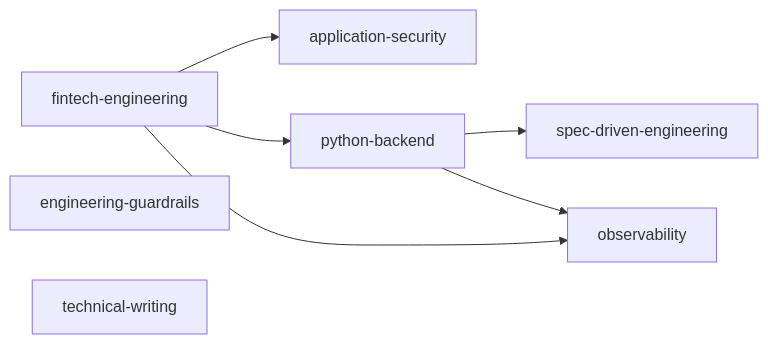
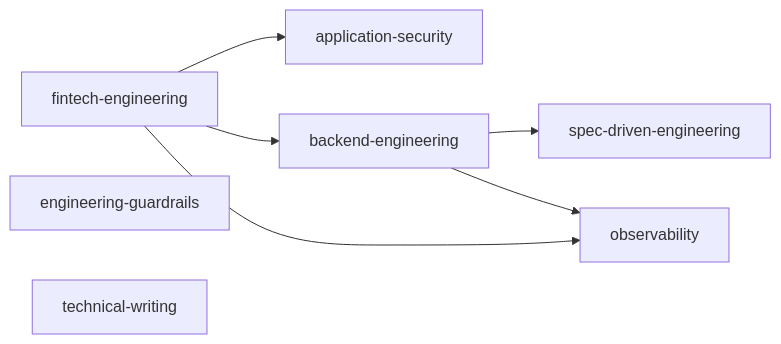
Before and after one commit to melvnl/agent-skills: the diagram in docs/architecture.md, drawn with Mermaid. The commit also changed other lines of this file and 45 other files, not shown here.

First line of the commit message:
refactor(backend): make python-backend the stack-agnostic backend-engineering plugin

````diff
--- a/docs/architecture.md
+++ b/docs/architecture.md
@@ -23,13 +23,13 @@
 ```mermaid
 flowchart LR
   ENG[spec-driven-engineering] 
   OBS[observability]
   SEC[application-security]
-  BE[python-backend] --> ENG
+  BE[backend-engineering] --> ENG
   BE --> OBS
   FIN[fintech-engineering] --> BE
   FIN --> SEC
   FIN --> OBS
   GR[engineering-guardrails]
   WR[technical-writing]
 ```
````
